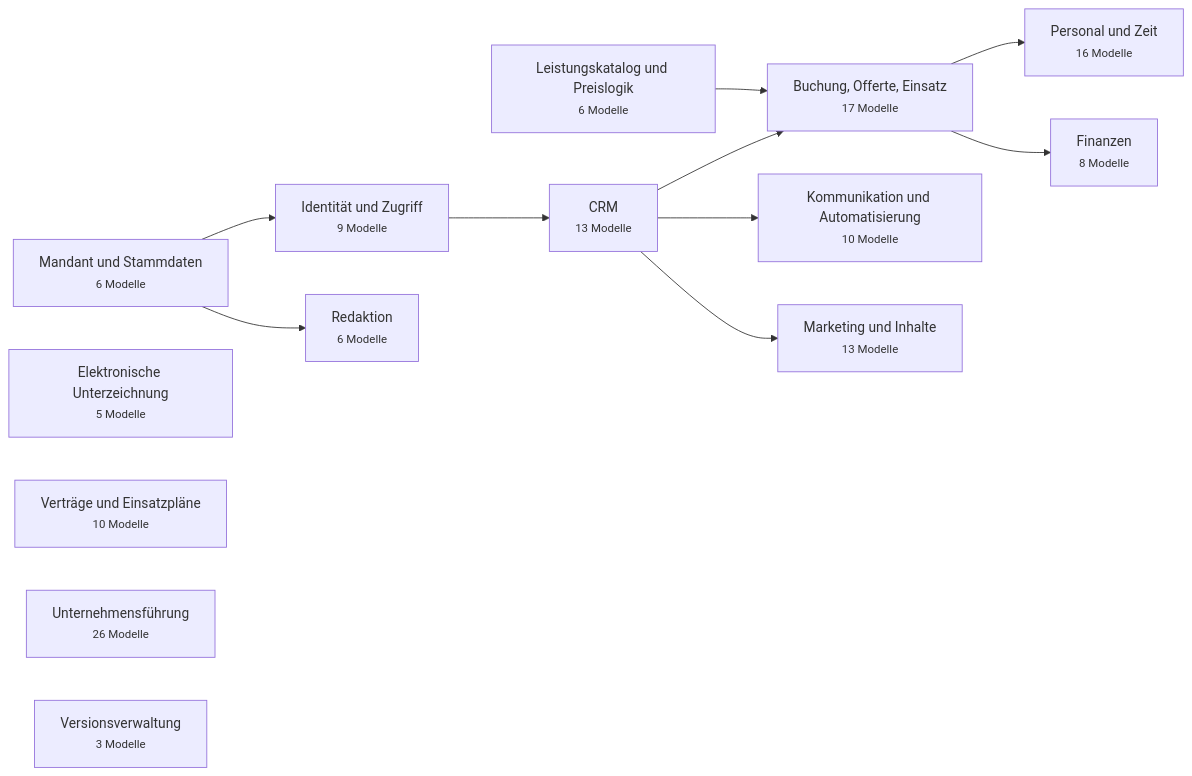
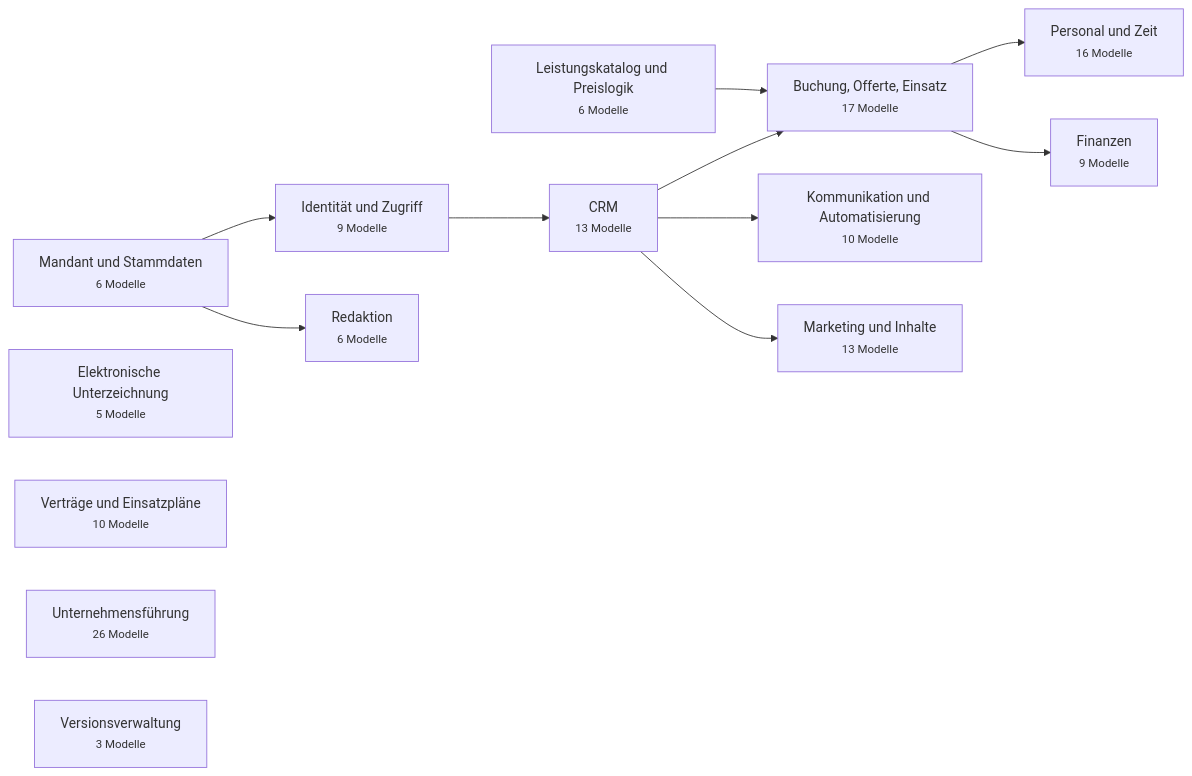
Before and after one commit to javadqasemi/Clenaris: the first of 15 diagrams in docs/DATABASE.md, drawn with Mermaid. The commit also changed other lines of this file and 11 other files, not shown here.

````diff
--- a/docs/DATABASE.md
+++ b/docs/DATABASE.md
@@ -36,26 +36,26 @@
 ```mermaid
 flowchart LR
   stammdaten["Mandant und Stammdaten<br/><small>6 Modelle</small>"]
   identitaet["Identität und Zugriff<br/><small>9 Modelle</small>"]
   signatur["Elektronische Unterzeichnung<br/><small>5 Modelle</small>"]
   crm["CRM<br/><small>13 Modelle</small>"]
   katalog["Leistungskatalog und Preislogik<br/><small>6 Modelle</small>"]
   auftrag["Buchung, Offerte, Einsatz<br/><small>17 Modelle</small>"]
   vertraege["Verträge und Einsatzpläne<br/><small>10 Modelle</small>"]
   personal["Personal und Zeit<br/><small>16 Modelle</small>"]
-  finanzen["Finanzen<br/><small>8 Modelle</small>"]
+  finanzen["Finanzen<br/><small>9 Modelle</small>"]
   kommunikation["Kommunikation und Automatisierung<br/><small>10 Modelle</small>"]
   marketing["Marketing und Inhalte<br/><small>13 Modelle</small>"]
   redaktion["Redaktion<br/><small>6 Modelle</small>"]
   fuehrung["Unternehmensführung<br/><small>26 Modelle</small>"]
   versionen["Versionsverwaltung<br/><small>3 Modelle</small>"]
   stammdaten --> identitaet
   identitaet --> crm
   crm --> auftrag
   katalog --> auftrag
   auftrag --> personal
   auftrag --> finanzen
   crm --> kommunikation
   crm --> marketing
   stammdaten --> redaktion
 ```
````
